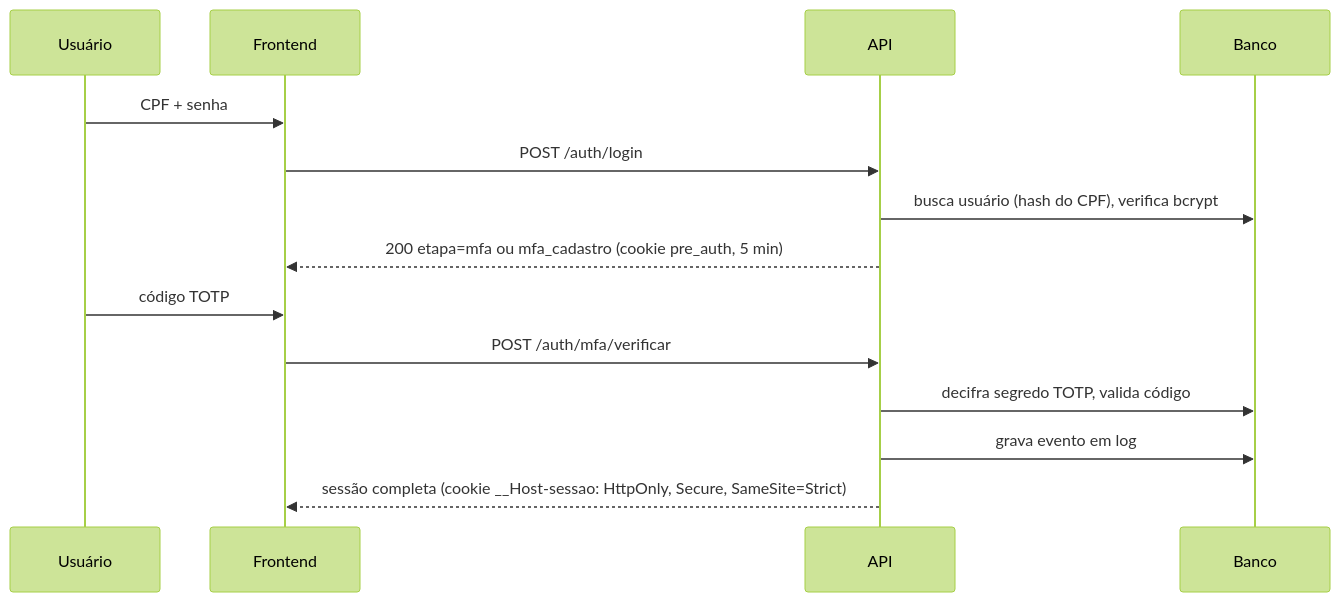
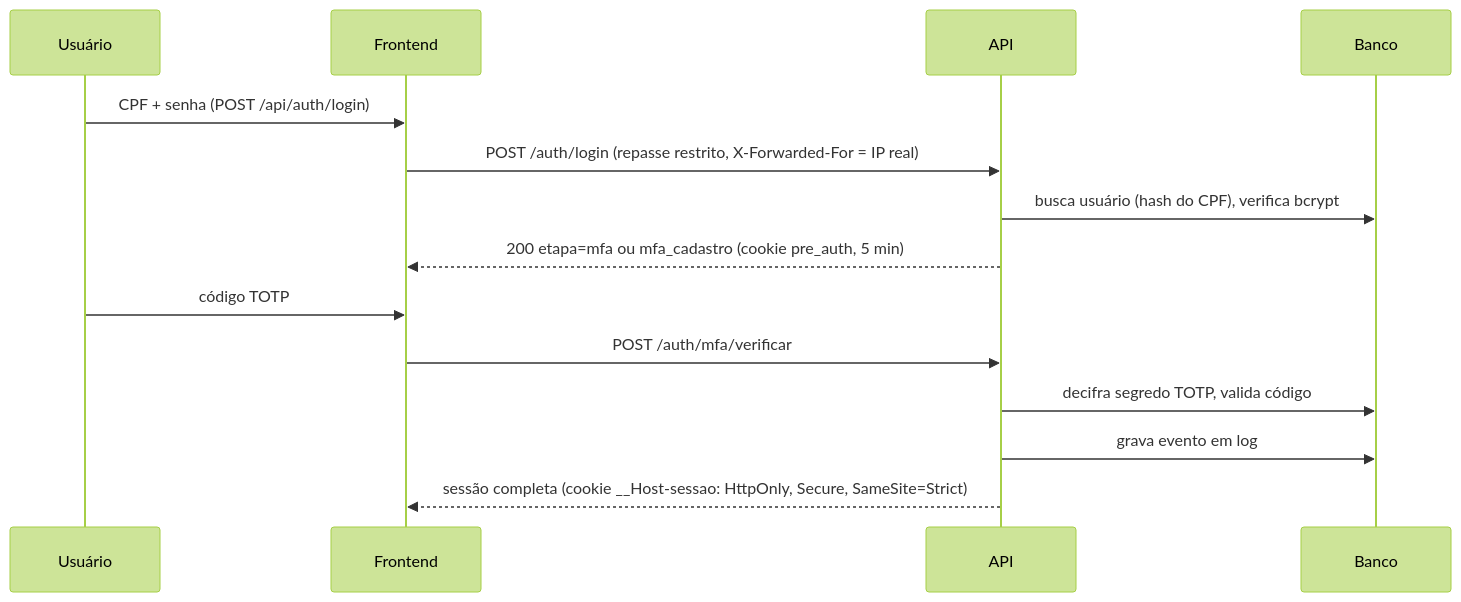
One commit to msrscs/p4_cybersec_saude changed the second of 2 diagrams in docs/ARCHITECTURE.md. Above: the diagram before and after it, drawn with Mermaid (forest theme). The commit also changed other lines of this file and 3 other files, not shown here.

Commit message:
docs: ADR-0012 (telas, repasse /api e Trusted Types) e status da T08

````diff
--- a/docs/ARCHITECTURE.md
+++ b/docs/ARCHITECTURE.md
@@ -52,16 +52,16 @@
 ```mermaid
 sequenceDiagram
     participant U as Usuário
     participant F as Frontend
     participant B as API
     participant D as Banco
-    U->>F: CPF + senha
-    F->>B: POST /auth/login
+    U->>F: CPF + senha (POST /api/auth/login)
+    F->>B: POST /auth/login (repasse restrito, X-Forwarded-For = IP real)
     B->>D: busca usuário (hash do CPF), verifica bcrypt
     B-->>F: 200 etapa=mfa ou mfa_cadastro (cookie pre_auth, 5 min)
     U->>F: código TOTP
     F->>B: POST /auth/mfa/verificar
     B->>D: decifra segredo TOTP, valida código
     B->>D: grava evento em log
     B-->>F: sessão completa (cookie __Host-sessao: HttpOnly, Secure, SameSite=Strict)
 ```
````
